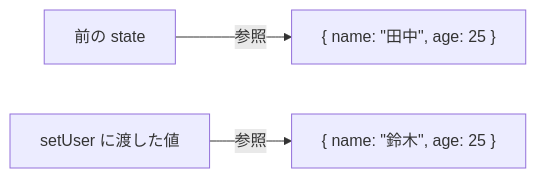
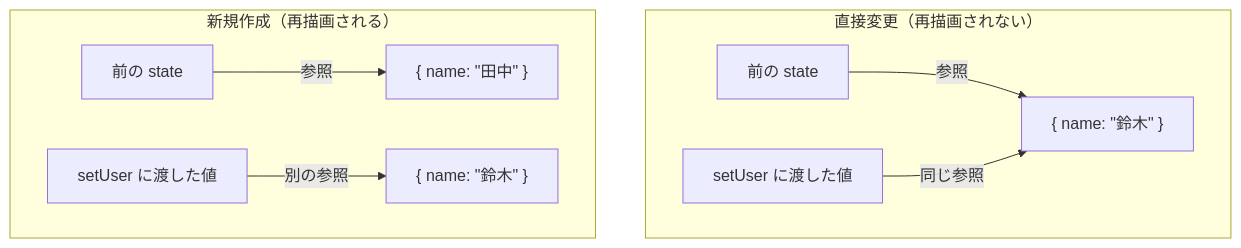
The sixth of 6 diagrams in docs/drafts/008/index.md (ozaki25/web-front-training-ozaki25), drawn with Mermaid before and after one commit. The commit also changed other lines of this file, not shown here.

````diff
--- a/docs/drafts/008/index.md
+++ b/docs/drafts/008/index.md
@@ -287,5 +261,11 @@
 ```mermaid
-flowchart LR
-  before["前の state"] -->|参照| obj1["{ name: &quot;田中&quot;, age: 25 }"]
-  after["setUser に渡した値"] -->|参照| obj2["{ name: &quot;鈴木&quot;, age: 25 }"]
+flowchart TB
+  subgraph "直接変更（再描画されない）"
+    bA["前の state"] -->|参照| oA["{ name: &quot;鈴木&quot; }"]
+    aA["setUser に渡した値"] -->|同じ参照| oA
+  end
+  subgraph "新規作成（再描画される）"
+    bB["前の state"] -->|参照| oB1["{ name: &quot;田中&quot; }"]
+    aB["setUser に渡した値"] -->|別の参照| oB2["{ name: &quot;鈴木&quot; }"]
+  end
 ```
````
